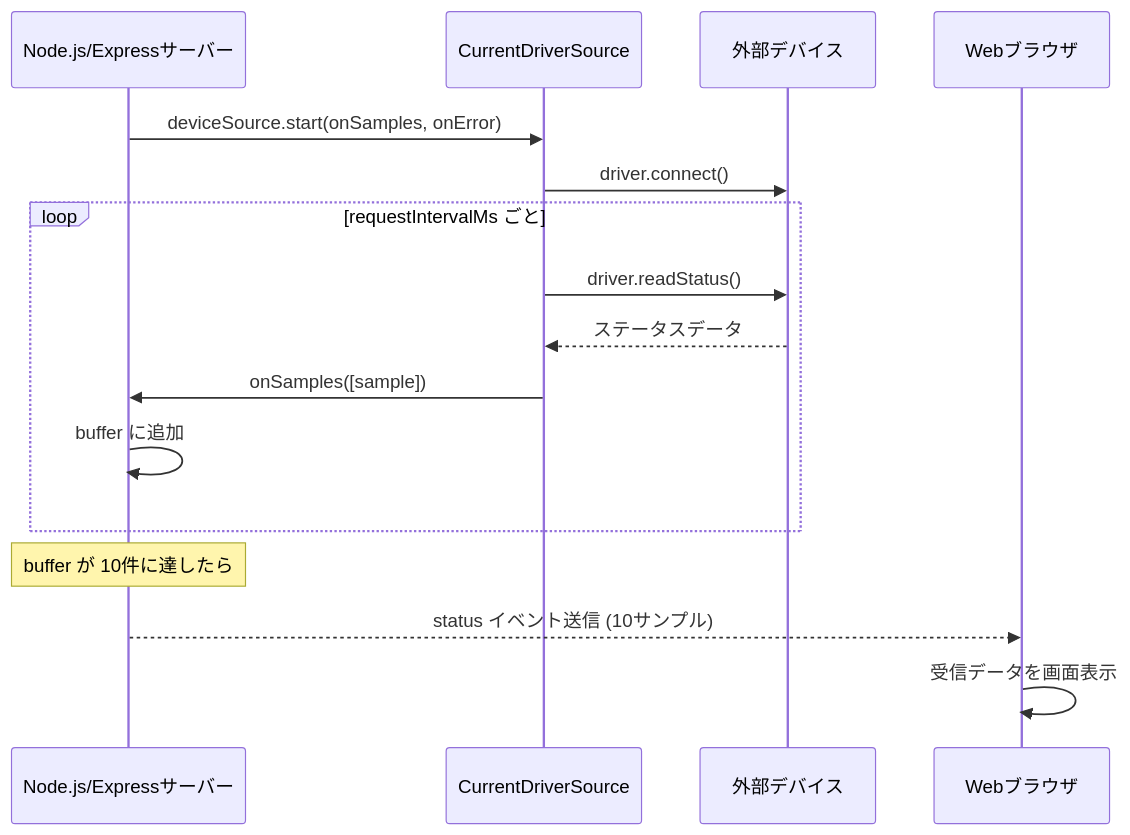
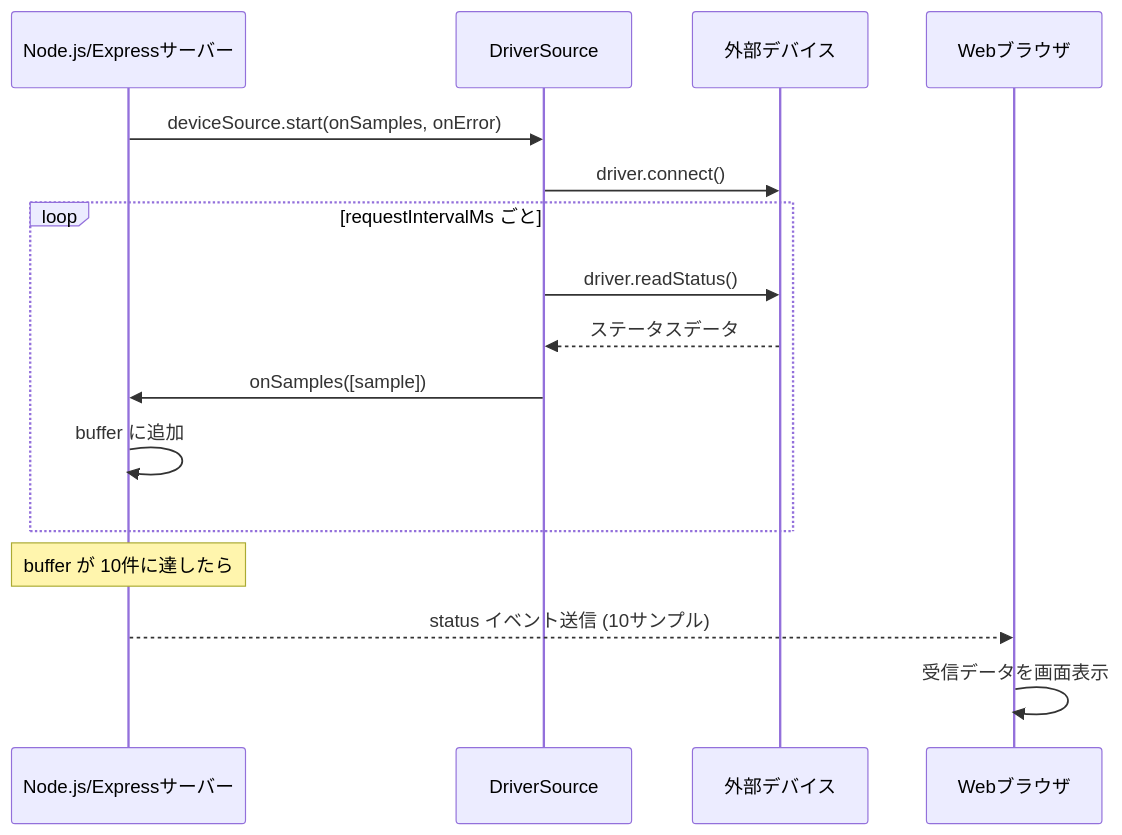
The third of 4 diagrams in javascript/DeviceConnect/web/ReadMe.md (FourHyphen/private_work), drawn with Mermaid before and after one commit. The commit also changed other lines of this file and 2 other files, not shown here.

Commit message:
CurrentDriverという名前をDriverに変更

````diff
--- a/javascript/DeviceConnect/web/ReadMe.md
+++ b/javascript/DeviceConnect/web/ReadMe.md
@@ -107,19 +107,19 @@
 ```mermaid
 sequenceDiagram
     participant Server as Node.js/Expressサーバー
-    participant CDS as CurrentDriverSource
+    participant CDS as DriverSource
     participant Device as 外部デバイス
     participant Browser as Webブラウザ
 
     Server->>CDS: deviceSource.start(onSamples, onError)
     CDS->>Device: driver.connect()
     loop requestIntervalMs ごと
         CDS->>Device: driver.readStatus()
         Device-->>CDS: ステータスデータ
         CDS->>Server: onSamples([sample])
         Server->>Server: buffer に追加
     end
     Note over Server: buffer が 10件に達したら
     Server-->>Browser: status イベント送信 (10サンプル)
     Browser->>Browser: 受信データを画面表示
 ```
````
